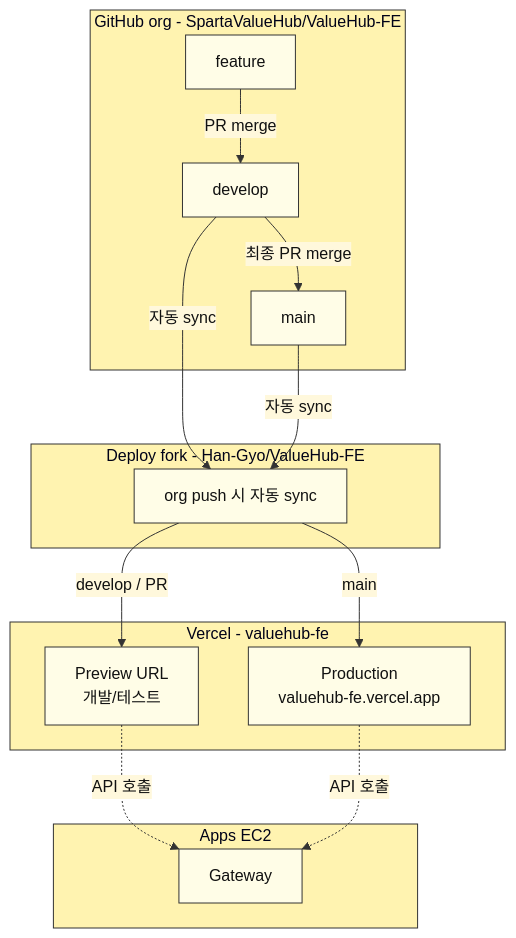
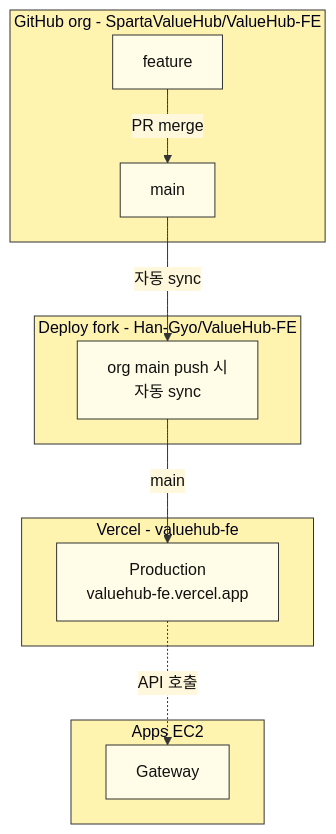
One commit to SpartaValueHub/ValueHub-FE changed the first of 6 diagrams in docs/vercel-deploy-team-notice.md. Above: the diagram before and after it, drawn with Mermaid. The commit also changed other lines of this file, not shown here.

Commit message:
docs: Vercel 안내를 main 직행 브랜치 전략에 맞게 수정

````diff
--- a/docs/vercel-deploy-team-notice.md
+++ b/docs/vercel-deploy-team-notice.md
@@ -28,46 +32,40 @@
 ```mermaid
 %%{init: {
   "theme": "base",
   "themeVariables": {
     "primaryColor": "#FFF3B0",
     "primaryTextColor": "#111",
     "primaryBorderColor": "#333",
     "lineColor": "#333",
     "secondaryColor": "#FFF8DC",
     "tertiaryColor": "#FFFDE7",
     "clusterBkg": "#FFF3B0",
     "clusterBorder": "#333"
   }
 }}%%
 flowchart TB
   subgraph Org["GitHub org - SpartaValueHub/ValueHub-FE"]
     FEAT["feature"]
-    DEV["develop"]
     MAIN["main"]
-    FEAT -->|PR merge| DEV
-    DEV -->|최종 PR merge| MAIN
+    FEAT -->|PR merge| MAIN
   end
 
   subgraph Fork["Deploy fork - Han-Gyo/ValueHub-FE"]
-    SYNC["org push 시 자동 sync"]
+    SYNC["org main push 시<br/>자동 sync"]
   end
 
   subgraph Vercel["Vercel - valuehub-fe"]
-    PREV["Preview URL<br/>개발/테스트"]
     PROD["Production<br/>valuehub-fe.vercel.app"]
   end
 
   subgraph EC2["Apps EC2"]
     GW["Gateway"]
   end
 
-  DEV -->|자동 sync| SYNC
   MAIN -->|자동 sync| SYNC
-  SYNC -->|develop / PR| PREV
   SYNC -->|main| PROD
-  PREV -.->|API 호출| GW
   PROD -.->|API 호출| GW
 
   classDef node fill:#FFFDE7,stroke:#333,color:#111;
-  class FEAT,DEV,MAIN,SYNC,PREV,PROD,GW node;
+  class FEAT,MAIN,SYNC,PROD,GW node;
 ```
````
